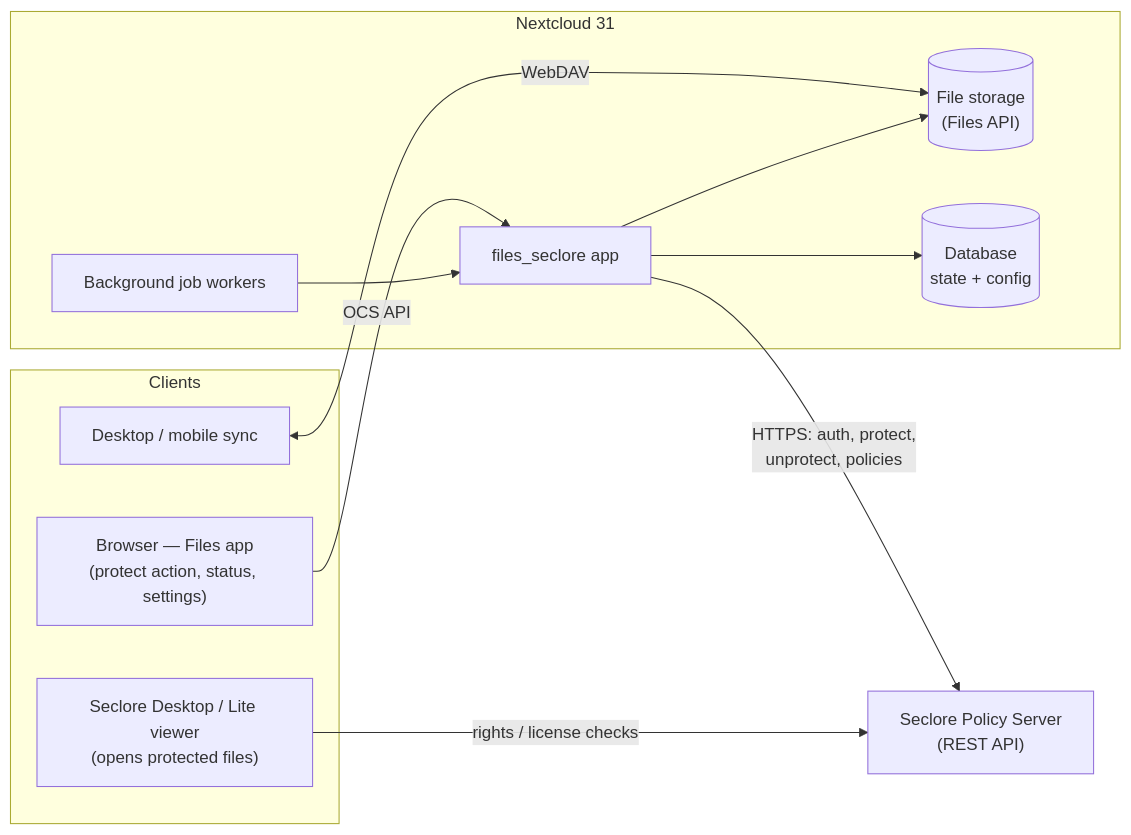
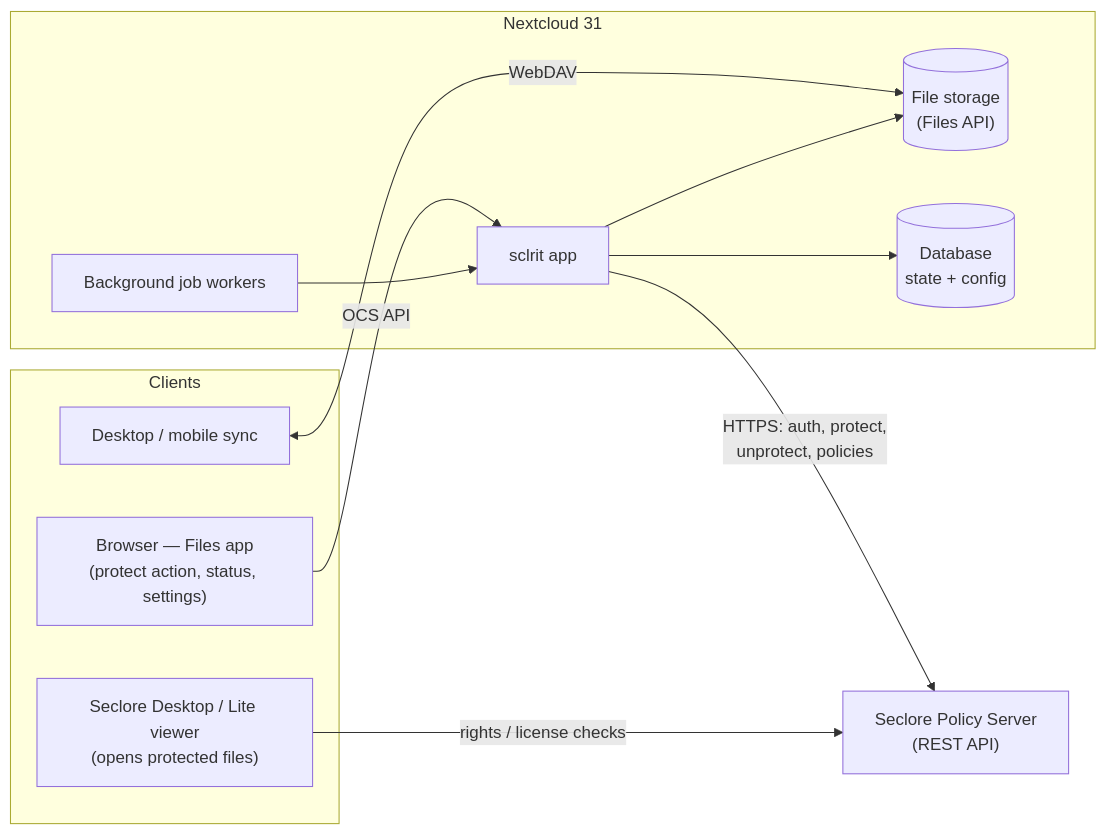
The first of 4 diagrams in docs/software-design-document.md (sasmaq/sclrit), drawn with Mermaid before and after one commit. The commit also changed other lines of this file and 83 other files, not shown here.

````diff
--- a/docs/software-design-document.md
+++ b/docs/software-design-document.md
@@ -103,25 +103,25 @@
 ```mermaid
 flowchart LR
     subgraph Clients
         B["Browser — Files app<br/>(protect action, status, settings)"]
         SYNC["Desktop / mobile sync"]
         SL["Seclore Desktop / Lite viewer<br/>(opens protected files)"]
     end
 
     subgraph NC["Nextcloud 31"]
-        APP["files_seclore app"]
+        APP["sclrit app"]
         FILES[("File storage<br/>(Files API)")]
         DB[("Database<br/>state + config")]
         CRON["Background job workers"]
     end
 
     PS["Seclore Policy Server<br/>(REST API)"]
 
     B -- "OCS API" --> APP
     SYNC <-- "WebDAV" --> FILES
     APP --> FILES
     APP --> DB
     CRON --> APP
     APP -- "HTTPS: auth, protect,<br/>unprotect, policies" --> PS
     SL -- "rights / license checks" --> PS
 ```
````
